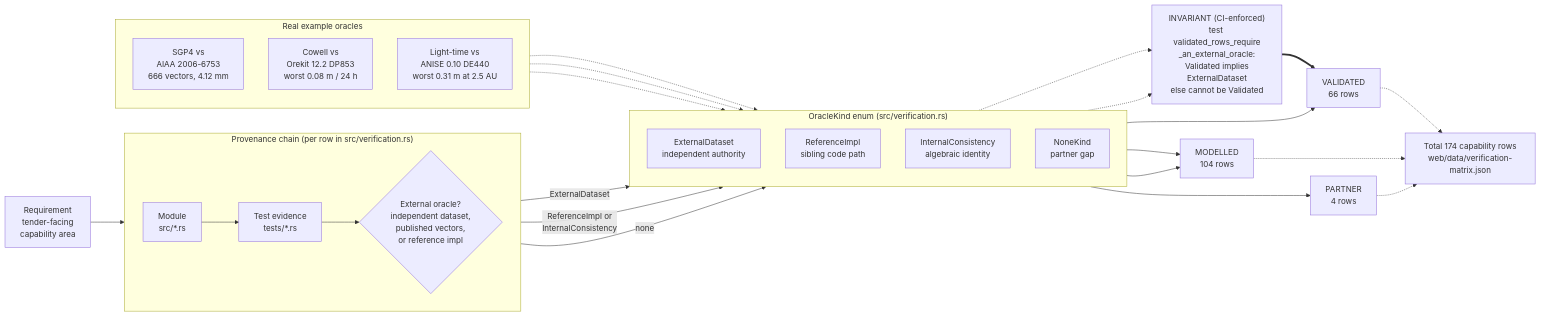
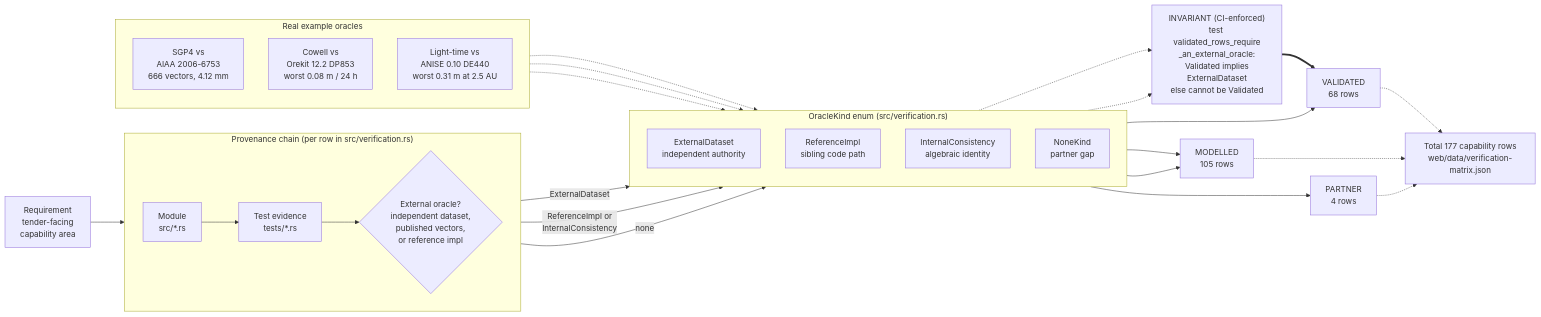
Before and after one commit to ashfordeOU/kshana: the diagram in docs/diagrams/validation-provenance.mmd, drawn with Mermaid. The commit also changed 34 other files, not shown here.

First line of the commit message:
feat(scenarios): multi-GNSS, LEO mega-shell and lunar relay constellation examples, with matrix rows and every count surface

```diff
--- a/docs/diagrams/validation-provenance.mmd
+++ b/docs/diagrams/validation-provenance.mmd
@@ -1,49 +1,49 @@
 flowchart LR
     REQ["Requirement<br/>tender-facing<br/>capability area"]
 
     subgraph CHAIN["Provenance chain (per row in src/verification.rs)"]
         direction LR
         MOD["Module<br/>src/*.rs"]
         TST["Test evidence<br/>tests/*.rs"]
         ORA{"External oracle?<br/>independent dataset,<br/>published vectors,<br/>or reference impl"}
     end
 
     REQ --> MOD --> TST --> ORA
 
     subgraph KINDS["OracleKind enum (src/verification.rs)"]
         direction TD
         EXT["ExternalDataset<br/>independent authority"]
         REF["ReferenceImpl<br/>sibling code path"]
         INT["InternalConsistency<br/>algebraic identity"]
         NON["NoneKind<br/>partner gap"]
     end
 
     ORA -->|ExternalDataset| EXT
     ORA -->|"ReferenceImpl or<br/>InternalConsistency"| INT
     ORA -->|none| NON
 
     GUARD["INVARIANT (CI-enforced)<br/>test validated_rows_require<br/>_an_external_oracle:<br/>Validated implies<br/>ExternalDataset<br/>else cannot be Validated"]
     EXT -.-> GUARD
     INT -.-> GUARD
 
-    EXT --> VAL["VALIDATED<br/>66 rows"]
-    REF --> MDL["MODELLED<br/>104 rows"]
+    EXT --> VAL["VALIDATED<br/>68 rows"]
+    REF --> MDL["MODELLED<br/>105 rows"]
     INT --> MDL
     NON --> PRT["PARTNER<br/>4 rows"]
     GUARD ==> VAL
 
     subgraph EX["Real example oracles"]
         direction TD
         E1["SGP4 vs<br/>AIAA 2006-6753<br/>666 vectors, 4.12 mm"]
         E2["Cowell vs<br/>Orekit 12.2 DP853<br/>worst 0.08 m / 24 h"]
         E3["Light-time vs<br/>ANISE 0.10 DE440<br/>worst 0.31 m at 2.5 AU"]
     end
 
     E1 -.-> EXT
     E2 -.-> EXT
     E3 -.-> EXT
 
-    TOTAL["Total 174 capability rows<br/>web/data/verification-matrix.json"]
+    TOTAL["Total 177 capability rows<br/>web/data/verification-matrix.json"]
     VAL -.-> TOTAL
     MDL -.-> TOTAL
     PRT -.-> TOTAL
```
